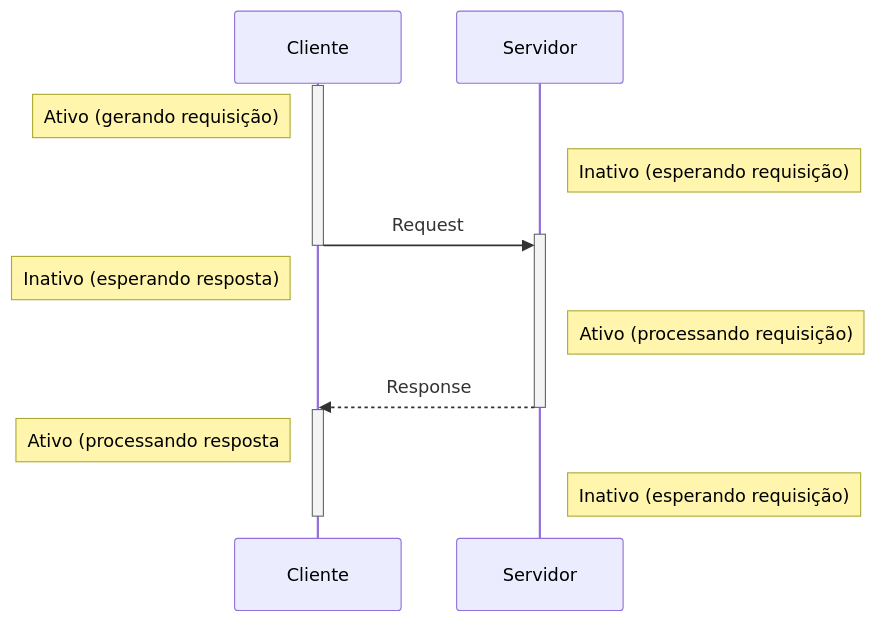
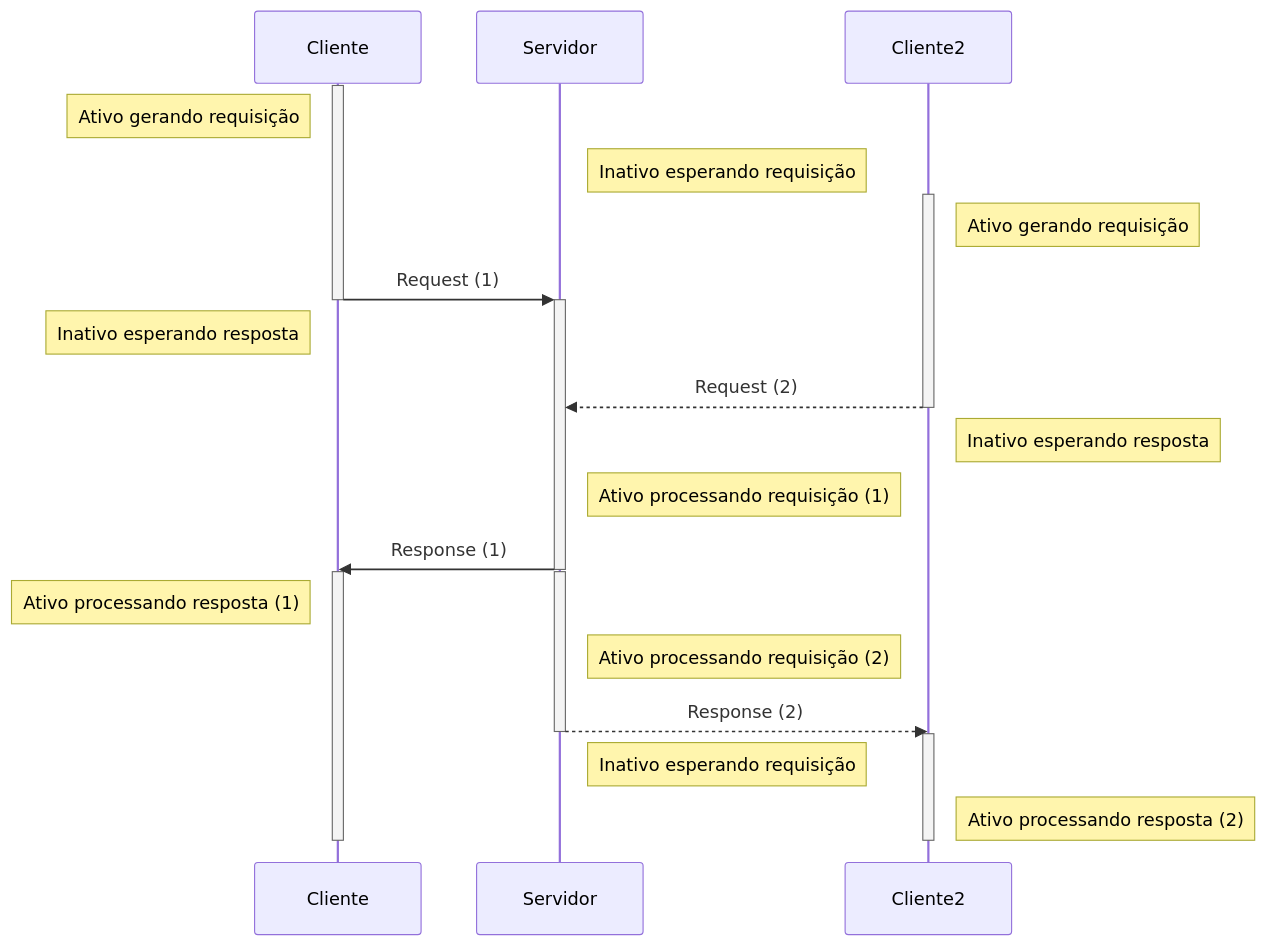
The second of 3 diagrams in docs/basics/index.md (lasarojc/ds_notes), drawn with Mermaid before and after one commit. The commit also changed other lines of this file and 1 other file, not shown here.

````diff
--- a/docs/basics/index.md
+++ b/docs/basics/index.md
@@ -495,15 +495,27 @@
 ```mermaid
 sequenceDiagram
     activate Cliente
-    note left of Cliente: Ativo (gerando requisição)
-    note right of Servidor: Inativo (esperando requisição)
-	Cliente->>+Servidor: Request
-    deactivate Cliente
-    note left of Cliente: Inativo (esperando resposta)
-    note right of Servidor: Ativo (processando requisição)
-	Servidor-->>-Cliente: Response
-	activate Cliente
-    note left of Cliente: Ativo (processando resposta
-	note right of Servidor: Inativo (esperando requisição)
+    note left of Cliente: Ativo gerando requisição
+    note right of Servidor: Inativo esperando requisição
+    activate Cliente2
+    note right of Cliente2: Ativo gerando requisição
+	Cliente->>+Servidor: Request (1)
+    deactivate Cliente 
+    note left of Cliente: Inativo esperando resposta
+  Cliente2-->>Servidor: Request (2)
+    deactivate Cliente2
+    note right of Cliente2: Inativo esperando resposta
+    note right of Servidor: Ativo processando requisição (1)
+	Servidor->>-Cliente: Response (1)
+	  activate Cliente
+    activate Servidor
+    note left of Cliente: Ativo processando resposta (1)
+    note right of Servidor: Ativo processando requisição (2)
+  Servidor-->>Cliente2: Response (2)
+    deactivate Servidor
+    activate Cliente2
+   	note right of Servidor: Inativo esperando requisição
+    note right of Cliente2: Ativo processando resposta (2)
 	deactivate Cliente
+  deactivate Cliente2
 ```
````
